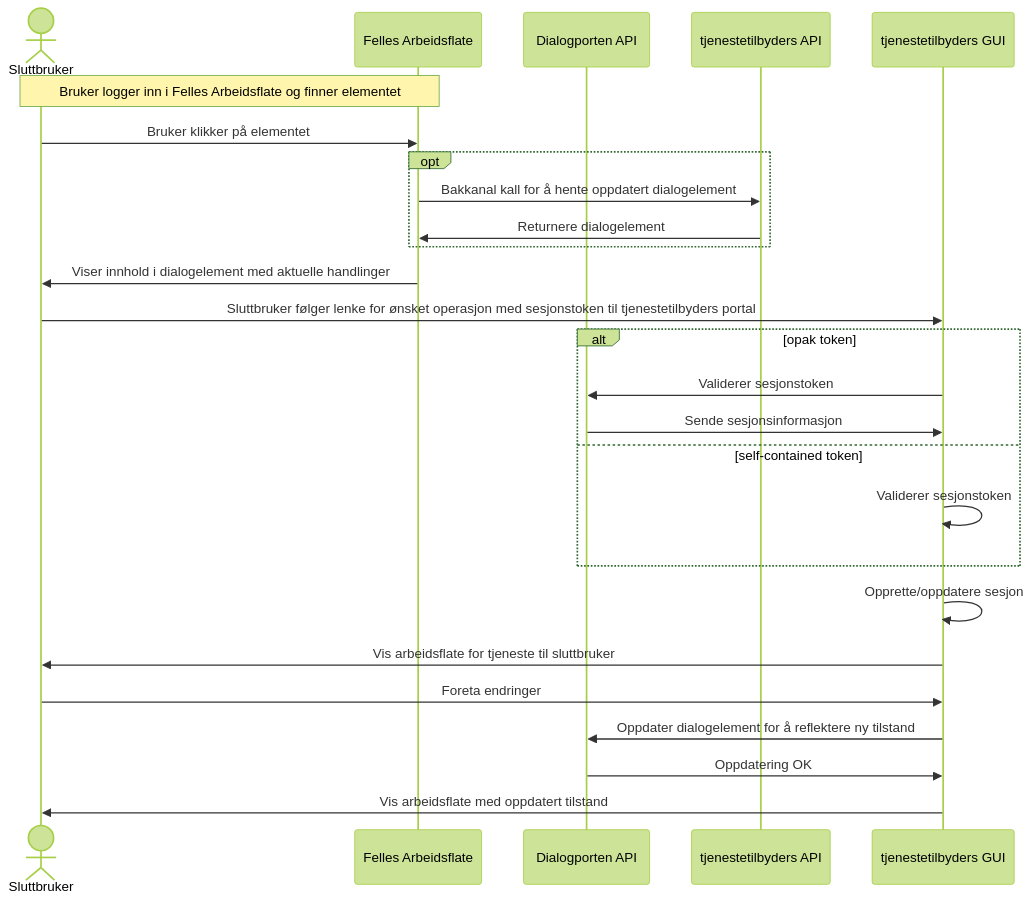
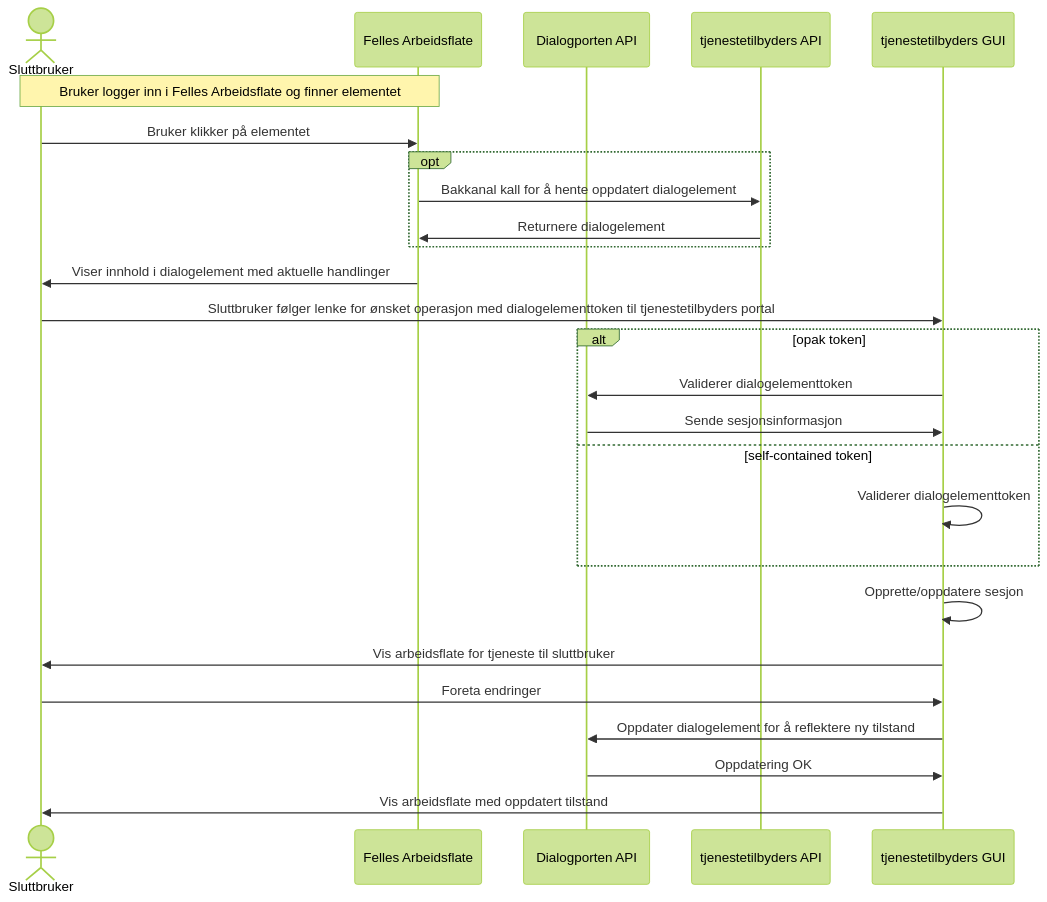
Before and after one commit to elsand/elsand.github.io: the second of 6 diagrams in dialogporten.md, drawn with Mermaid (forest theme). The commit also changed other lines of this file and 5 other files, not shown here.

Commit message:
Fix diagram issue with updating element, add some notes about authorization

````diff
--- a/dialogporten.md
+++ b/dialogporten.md
@@ -251,28 +305,28 @@
 ```mermaid!
 sequenceDiagram
     actor SB as Sluttbruker
     participant GUI as Felles Arbeidsflate
     participant API as Dialogporten API
     participant TEAPI as tjenestetilbyders API
     participant TEGUI as tjenestetilbyders GUI
 note over SB,GUI: Bruker logger inn i Felles Arbeidsflate og finner elementet
 SB->>GUI: Bruker klikker på elementet
 opt
     GUI->>TEAPI: Bakkanal kall for å hente oppdatert dialogelement
     TEAPI->>GUI: Returnere dialogelement
 end
 GUI->>SB: Viser innhold i dialogelement med aktuelle handlinger
-SB->>TEGUI: Sluttbruker følger lenke for ønsket operasjon med sesjonstoken til tjenestetilbyders portal
+SB->>TEGUI: Sluttbruker følger lenke for ønsket operasjon med dialogelementtoken til tjenestetilbyders portal
 alt opak token
-    TEGUI->>API: Validerer sesjonstoken
+    TEGUI->>API: Validerer dialogelementtoken
     API->>TEGUI: Sende sesjonsinformasjon
 else self-contained token
-    TEGUI->>TEGUI: Validerer sesjonstoken
+    TEGUI->>TEGUI: Validerer dialogelementtoken
 end
 TEGUI->>TEGUI: Opprette/oppdatere sesjon
 TEGUI->>SB: Vis arbeidsflate for tjeneste til sluttbruker
 SB->>TEGUI: Foreta endringer
 TEGUI->>API: Oppdater dialogelement for å reflektere ny tilstand
 API->>TEGUI: Oppdatering OK
 TEGUI->>SB: Vis arbeidsflate med oppdatert tilstand
 ```
````
